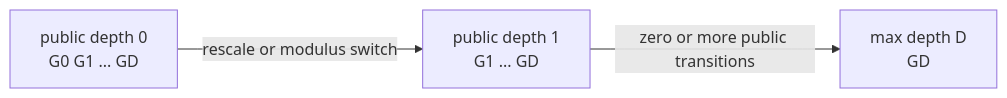
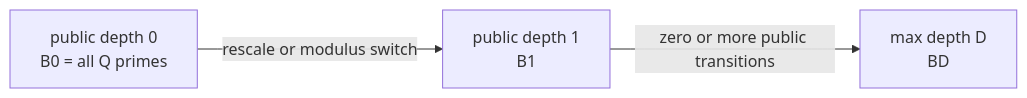
One commit to visualDust/fhelium changed the first of 2 diagrams in docs/concepts/ckks/scale-and-depth-lifecycle.md. Above: the diagram before and after it, drawn with Mermaid. The commit also changed other lines of this file and 439 other files, not shown here.

````diff
--- a/docs/concepts/ckks/scale-and-depth-lifecycle.md
+++ b/docs/concepts/ckks/scale-and-depth-lifecycle.md
@@ -66,9 +58,9 @@
 ```mermaid
 flowchart LR
-    L0["public depth 0<br/>G0 G1 ... GD"]
-    L1["public depth 1<br/>G1 ... GD"]
-    LF["max depth D<br/>GD"]
+    L0["public depth 0<br/>B0 = all Q primes"]
+    L1["public depth 1<br/>B1"]
+    LF["max depth D<br/>BD"]
 
     L0 -->|"rescale or modulus switch"| L1
     L1 -->|"zero or more public transitions"| LF
 ```
````
